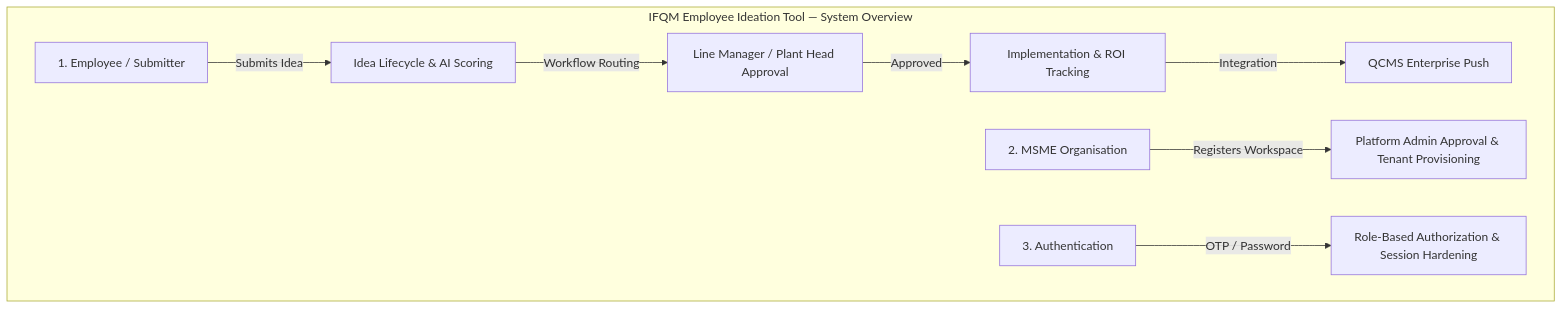
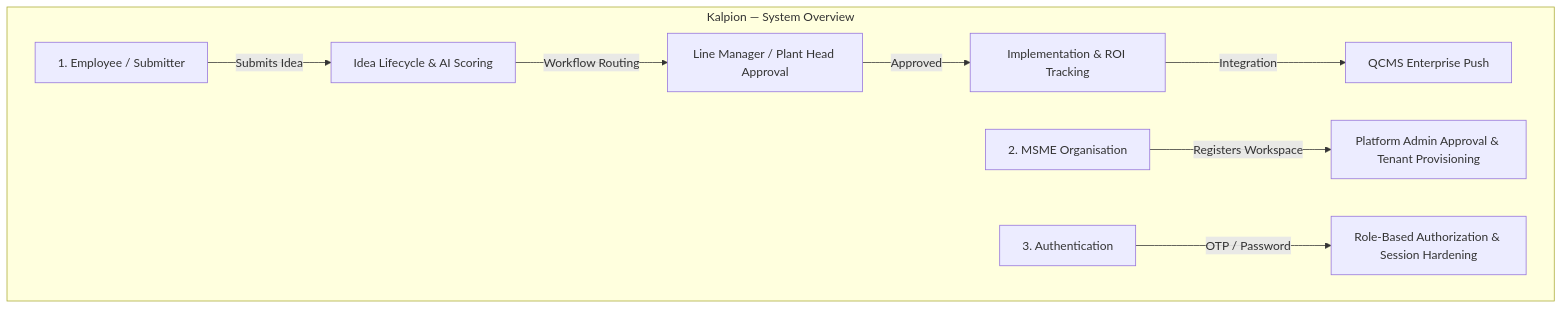
Before and after one commit to IFQM-QCMS/Kalpion-Employee-Ideation-Tool: the first of 6 diagrams in docs/PROJECT_FLOWCHART.md, drawn with Mermaid. The commit also changed other lines of this file and 68 other files, not shown here.

````diff
--- a/docs/PROJECT_FLOWCHART.md
+++ b/docs/PROJECT_FLOWCHART.md
@@ -26,11 +26,11 @@
 ```mermaid
 flowchart TD
-    subgraph Overview["IFQM Employee Ideation Tool — System Overview"]
+    subgraph Overview["Kalpion — System Overview"]
         A[1. Employee / Submitter] -->|Submits Idea| B[Idea Lifecycle & AI Scoring]
         B -->|Workflow Routing| C[Line Manager / Plant Head Approval]
         C -->|Approved| D[Implementation & ROI Tracking]
         D -->|Integration| E[QCMS Enterprise Push]
         F[2. MSME Organisation] -->|Registers Workspace| G[Platform Admin Approval & Tenant Provisioning]
         H[3. Authentication] -->|OTP / Password| I[Role-Based Authorization & Session Hardening]
     end
 ```
````
